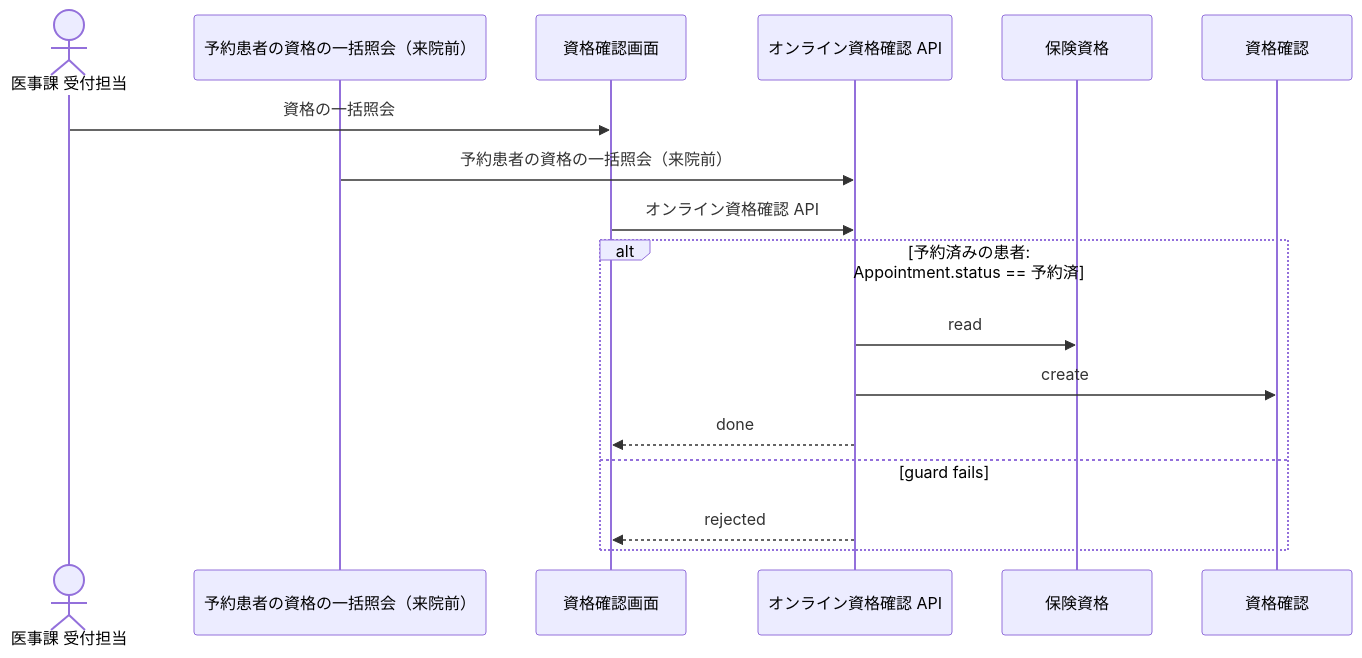
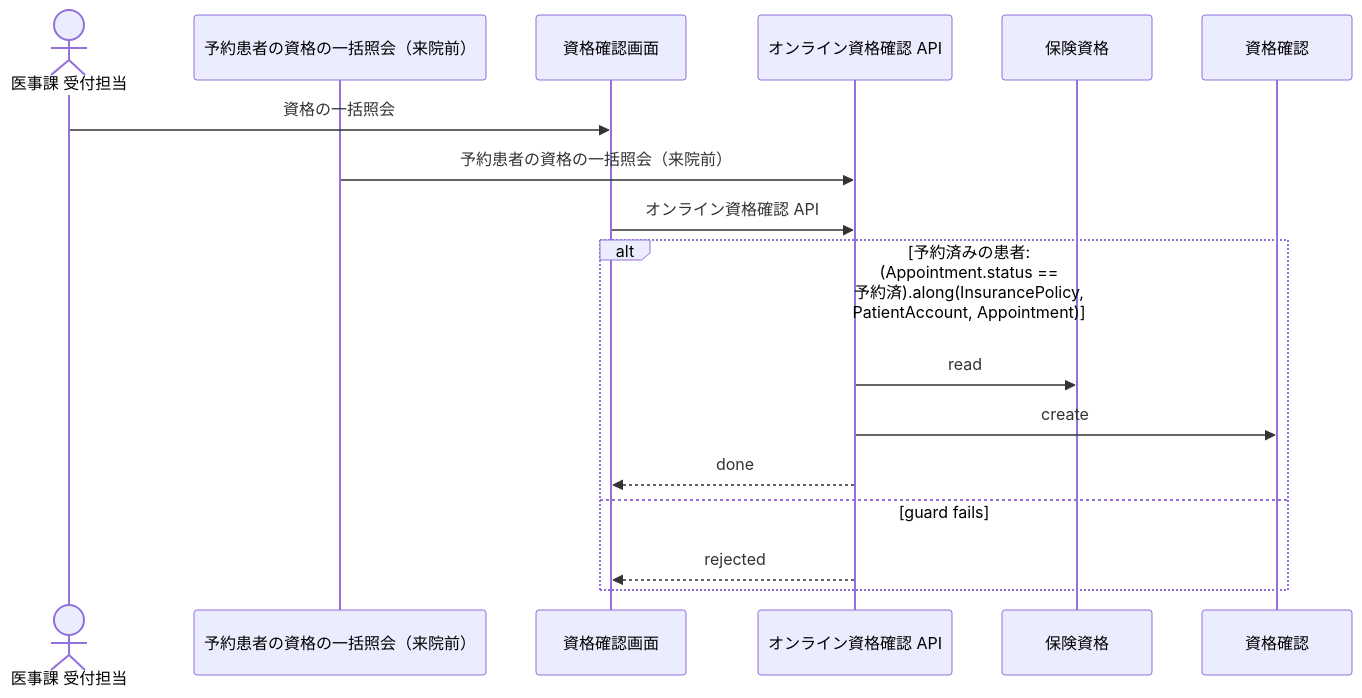
Before and after one commit to manji-0/rdra-ish-dsl: the diagram in samples/clinic-ops/out/uc/sequence_BatchVerifyEligibility.mmd, drawn with Mermaid. The commit also changed 29 other files, not shown here.

```diff
--- a/samples/clinic-ops/out/uc/sequence_BatchVerifyEligibility.mmd
+++ b/samples/clinic-ops/out/uc/sequence_BatchVerifyEligibility.mmd
@@ -1,20 +1,20 @@
 %% rdra-ish diagram=sequence scope=usecase:BatchVerifyEligibility model=samples/clinic-ops
 %% kinds: actor timer screen api entity
 %% omitted: buc condition
 sequenceDiagram
   actor actor__ReceptionClerk as 医事課 受付担当
   participant timer__EligibilityBatchInquiry as 予約患者の資格の一括照会（来院前）
   participant screen__EligibilityScreen as 資格確認画面
   participant api__OnlineEligibilityApi as オンライン資格確認 API
   participant entity__InsurancePolicy as 保険資格
   participant entity__EligibilityCheck as 資格確認
   actor__ReceptionClerk ->> screen__EligibilityScreen: 資格の一括照会
   timer__EligibilityBatchInquiry ->> api__OnlineEligibilityApi: 予約患者の資格の一括照会（来院前）
   screen__EligibilityScreen ->> api__OnlineEligibilityApi: オンライン資格確認 API
-  alt 予約済みの患者: Appointment.status == 予約済
+  alt 予約済みの患者: (Appointment.status == 予約済).along(InsurancePolicy, PatientAccount, Appointment)
     api__OnlineEligibilityApi ->> entity__InsurancePolicy: read
     api__OnlineEligibilityApi ->> entity__EligibilityCheck: create
     api__OnlineEligibilityApi -->> screen__EligibilityScreen: done
   else guard fails
     api__OnlineEligibilityApi -->> screen__EligibilityScreen: rejected
   end
```
